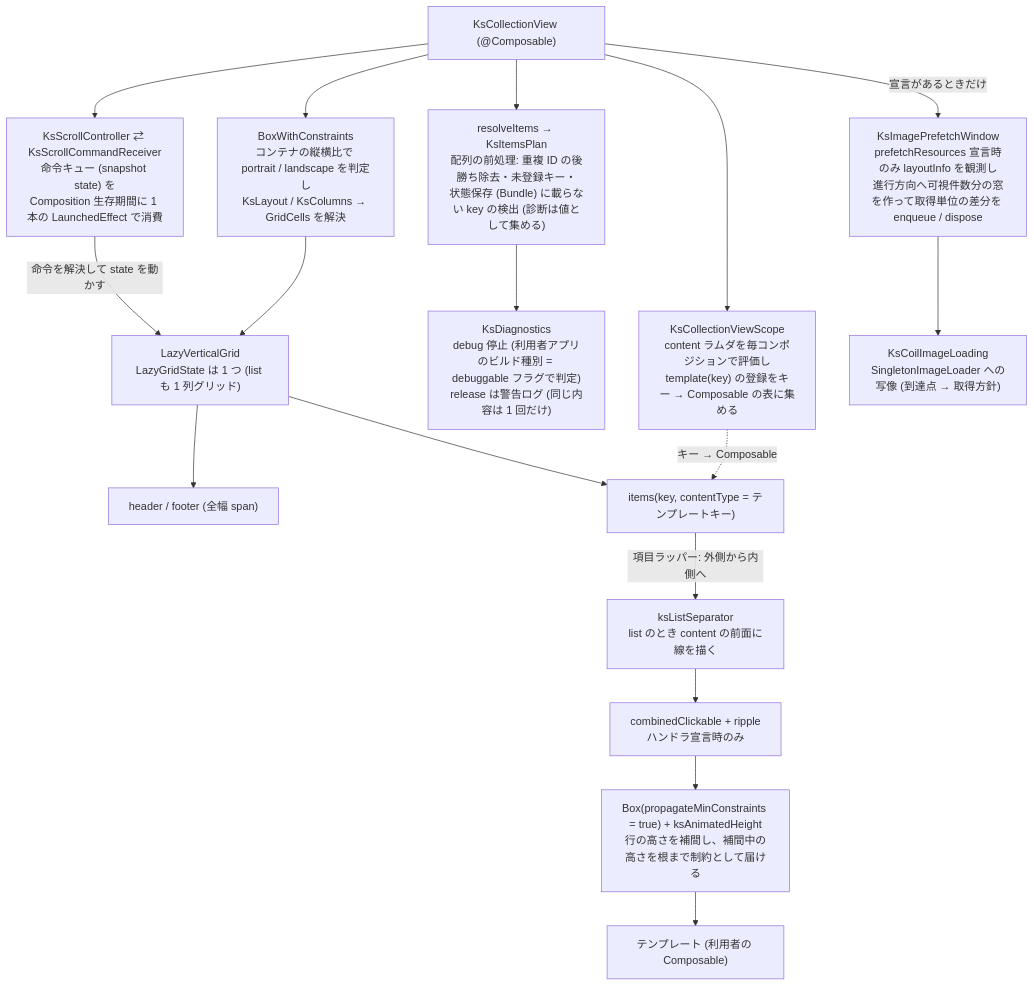
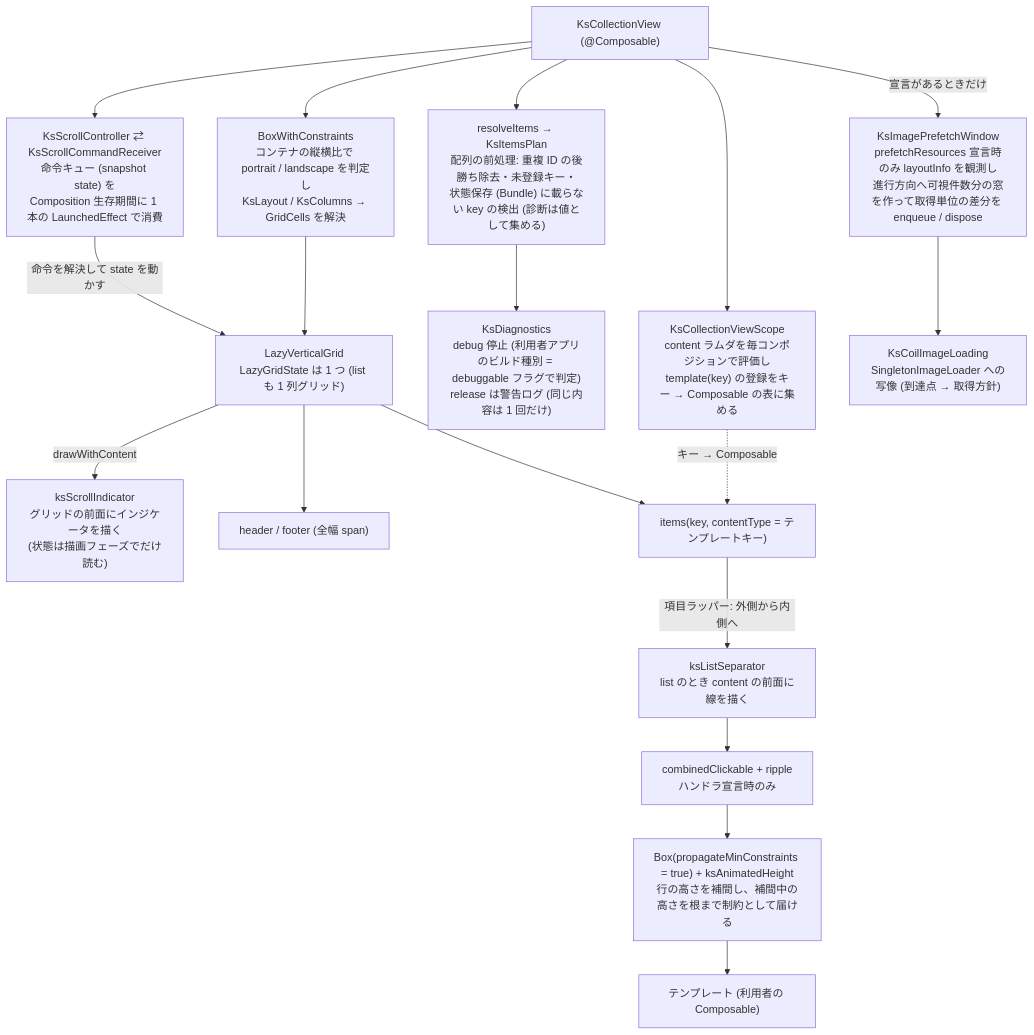
The diagram in kasane/concepts/android/architecture/compose-wrapper.md (kamusoft/KsCollectionView), drawn with Mermaid before and after one commit. The commit also changed other lines of this file and 14 other files, not shown here.

````diff
--- a/kasane/concepts/android/architecture/compose-wrapper.md
+++ b/kasane/concepts/android/architecture/compose-wrapper.md
@@ -19,28 +19,30 @@
 ```mermaid
 flowchart TD
     KCV["KsCollectionView (@Composable)"]
     SCOPE["KsCollectionViewScope<br/>content ラムダを毎コンポジションで評価し<br/>template(key) の登録をキー → Composable の表に集める"]
     PLAN["resolveItems → KsItemsPlan<br/>配列の前処理: 重複 ID の後勝ち除去・未登録キー・<br/>状態保存 (Bundle) に載らない key の検出 (診断は値として集める)"]
     DIAG["KsDiagnostics<br/>debug 停止 (利用者アプリのビルド種別 = debuggable フラグで判定)<br/>release は警告ログ (同じ内容は 1 回だけ)"]
     BWC["BoxWithConstraints<br/>コンテナの縦横比で portrait / landscape を判定し<br/>KsLayout / KsColumns → GridCells を解決"]
     CTRL["KsScrollController ⇄ KsScrollCommandReceiver<br/>命令キュー (snapshot state) を<br/>Composition 生存期間に 1 本の LaunchedEffect で消費"]
     GRID["LazyVerticalGrid<br/>LazyGridState は 1 つ (list も 1 列グリッド)"]
+    IND["ksScrollIndicator<br/>グリッドの前面にインジケータを描く<br/>(状態は描画フェーズでだけ読む)"]
     HF["header / footer (全幅 span)"]
     ITEMS["items(key, contentType = テンプレートキー)"]
     SEP["ksListSeparator<br/>list のとき content の前面に線を描く"]
     TAP["combinedClickable + ripple<br/>ハンドラ宣言時のみ"]
     BOX["Box(propagateMinConstraints = true) + ksAnimatedHeight<br/>行の高さを補間し、補間中の高さを根まで制約として届ける"]
     TPL["テンプレート (利用者の Composable)"]
     PREFETCH["KsImagePrefetchWindow<br/>prefetchResources 宣言時のみ layoutInfo を観測し<br/>進行方向へ可視件数分の窓を作って取得単位の差分を enqueue / dispose"]
     COIL["KsCoilImageLoading<br/>SingletonImageLoader への写像 (到達点 → 取得方針)"]
 
     KCV --> SCOPE
     KCV -- 宣言があるときだけ --> PREFETCH --> COIL
     KCV --> PLAN --> DIAG
     KCV --> BWC --> GRID
     KCV --> CTRL -- 命令を解決して state を動かす --> GRID
     SCOPE -. キー → Composable .-> ITEMS
+    GRID -- drawWithContent --> IND
     GRID --> HF
     GRID --> ITEMS
     ITEMS -- 項目ラッパー: 外側から内側へ --> SEP --> TAP --> BOX --> TPL
 ```
````
